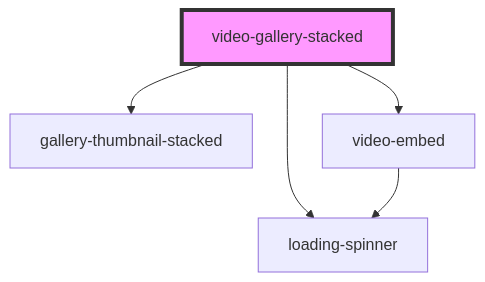
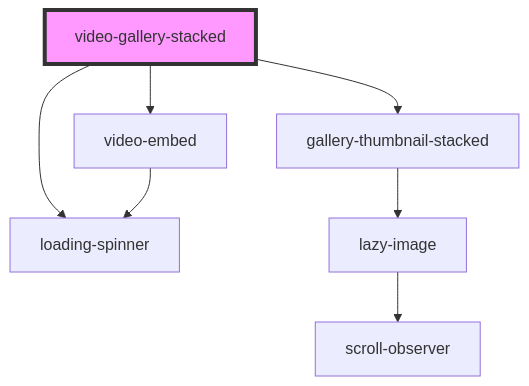
Before and after one commit to dev-kylo/component_library: the diagram in src/components/videos/video-gallery-stacked/readme.md, drawn with Mermaid. The commit also changed 33 other files, not shown here.

````diff
--- a/src/components/videos/video-gallery-stacked/readme.md
+++ b/src/components/videos/video-gallery-stacked/readme.md
@@ -24,8 +24,10 @@
 ```mermaid
 graph TD;
   video-gallery-stacked --> gallery-thumbnail-stacked
   video-gallery-stacked --> video-embed
   video-gallery-stacked --> loading-spinner
+  gallery-thumbnail-stacked --> lazy-image
+  lazy-image --> scroll-observer
   video-embed --> loading-spinner
   style video-gallery-stacked fill:#f9f,stroke:#333,stroke-width:4px
 ```
````
